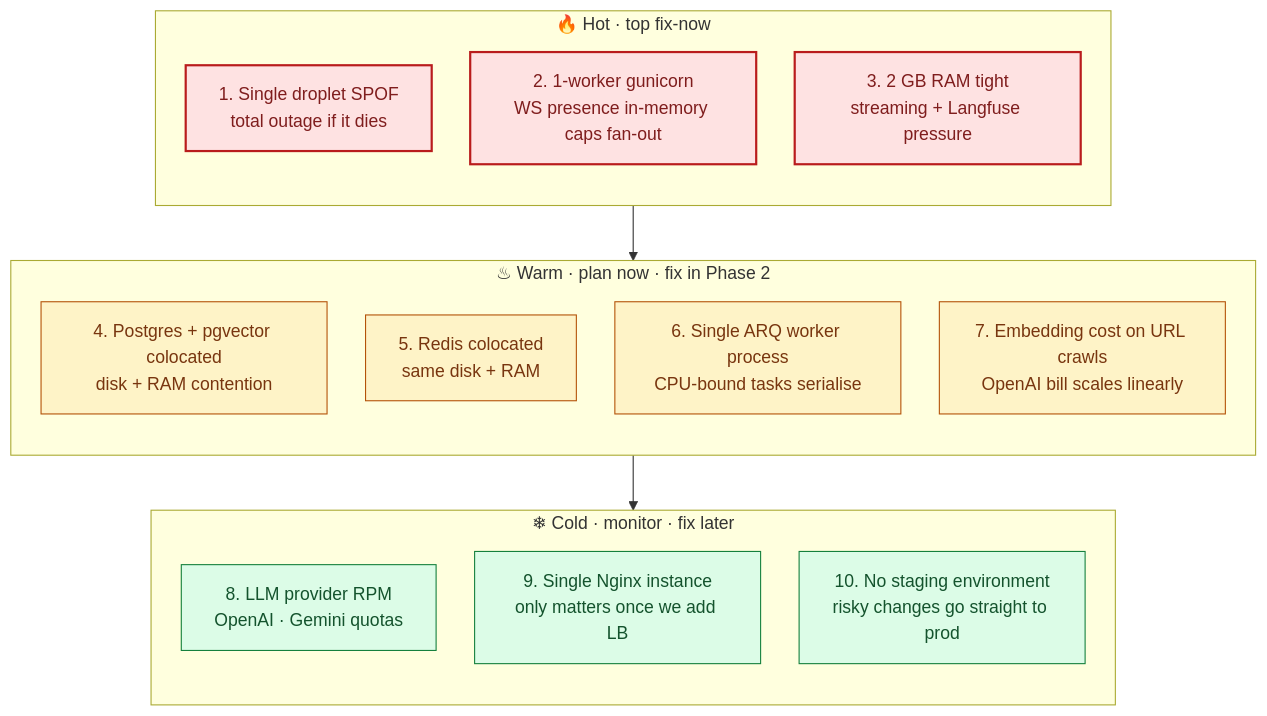
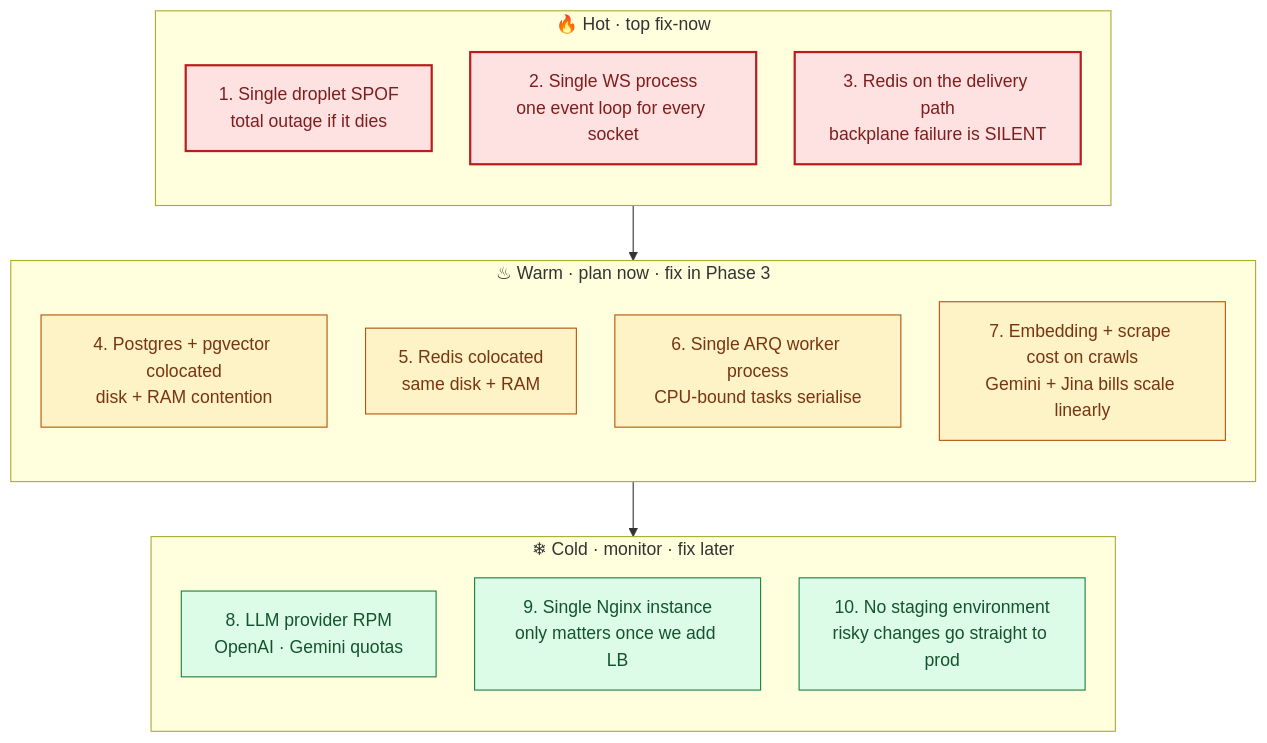
Before and after one commit to digibranders/oye-chats-platform: the diagram in docs/system-design/docs/09-capacity/bottlenecks.md, drawn with Mermaid. The commit also changed other lines of this file and 35 other files, not shown here.

First line of the commit message:
docs(system-design): the architecture site described a system two rewrites old

````diff
--- a/docs/system-design/docs/09-capacity/bottlenecks.md
+++ b/docs/system-design/docs/09-capacity/bottlenecks.md
@@ -11,36 +11,36 @@
 ```mermaid
 ---
 config:
   flowchart:
     nodeSpacing: 35
     rankSpacing: 50
 ---
 flowchart TB
     classDef hot fill:#fee2e2,stroke:#b91c1c,color:#7f1d1d,stroke-width:2px
     classDef warm fill:#fef3c7,stroke:#b45309,color:#78350f
     classDef cold fill:#dcfce7,stroke:#15803d,color:#14532d
 
     subgraph Hot["🔥 Hot · top fix-now"]
       direction TB
       A["1. Single droplet SPOF<br/>total outage if it dies"]:::hot
-      B["2. 1-worker gunicorn<br/>WS presence in-memory caps fan-out"]:::hot
-      C["3. 2 GB RAM tight<br/>streaming + Langfuse pressure"]:::hot
+      B["2. Single WS process<br/>one event loop for every socket"]:::hot
+      C["3. Redis on the delivery path<br/>backplane failure is SILENT"]:::hot
     end
 
-    subgraph Warm["♨ Warm · plan now · fix in Phase 2"]
+    subgraph Warm["♨ Warm · plan now · fix in Phase 3"]
       direction TB
       D["4. Postgres + pgvector colocated<br/>disk + RAM contention"]:::warm
       E["5. Redis colocated<br/>same disk + RAM"]:::warm
       F["6. Single ARQ worker process<br/>CPU-bound tasks serialise"]:::warm
-      G["7. Embedding cost on URL crawls<br/>OpenAI bill scales linearly"]:::warm
+      G["7. Embedding + scrape cost on crawls<br/>Gemini + Jina bills scale linearly"]:::warm
     end
 
     subgraph Cold["❄ Cold · monitor · fix later"]
       direction TB
       H["8. LLM provider RPM<br/>OpenAI · Gemini quotas"]:::cold
       I["9. Single Nginx instance<br/>only matters once we add LB"]:::cold
       J["10. No staging environment<br/>risky changes go straight to prod"]:::cold
     end
 
     Hot --> Warm --> Cold
 ```
````
